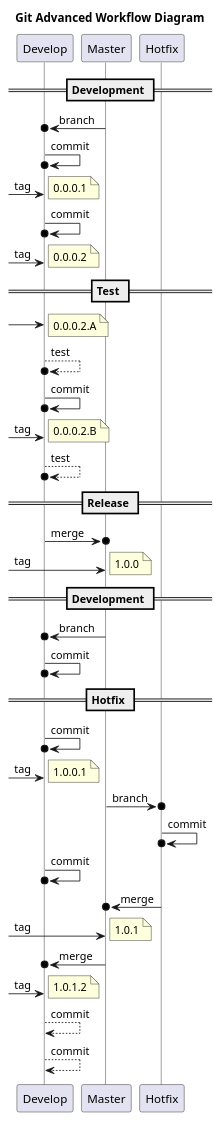
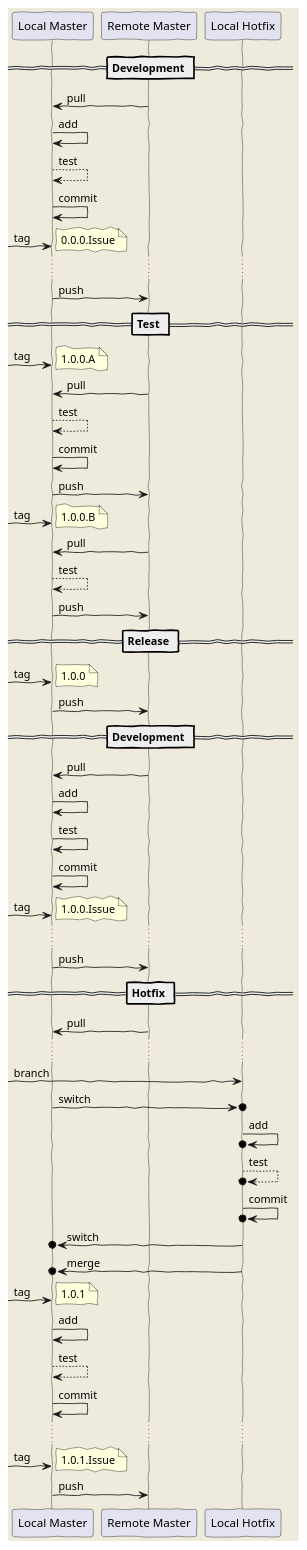
One commit to braboj/tutorial-git changed the diagram in assets/git_workflow_diagram.puml. Above: the diagram before and after it, drawn with PlantUML. The commit also changed 2 other files, not shown here.

Commit message:
Update of flow diagrams

```diff
--- a/assets/git_workflow_diagram.puml
+++ b/assets/git_workflow_diagram.puml
@@ -1,57 +1,73 @@
 @startuml
-title "Git Advanced Workflow Diagram"
 skinparam lifelineStrategy solid
-
-participant Develop
-participant Master
-participant Hotfix
+skinparam backgroundColor #EEEBDC
+skinparam handwritten true
+participant "Local Master" as Local
+participant "Remote Master" as Remote
+participant "Local Hotfix" as Hotfix
 
 == Development ==
-Master ->o Develop: branch
-Develop ->o Develop: commit
+Remote -> Local: pull
+Local -> Local: add
+Local --> Local: test
+Local -> Local: commit
 
-[-> Develop: tag
-note right: 0.0.0.1
-
-Develop ->o Develop: commit
-[-> Develop: tag
-note right: 0.0.0.2
+[-> Local: tag
+note right: 0.0.0.Issue
+...
+Local -> Remote: push
 
 == Test ==
 
-[-> Develop
-note right: 0.0.0.2.A
-Develop -->o Develop: test
-Develop ->o Develop: commit
-[-> Develop: tag
-note right: 0.0.0.2.B
-Develop -->o Develop: test
+[-> Local: tag
+note right: 1.0.0.A
+Remote -> Local: pull
+Local --> Local: test
+Local -> Local: commit
+Local -> Remote: push
+
+[-> Local: tag
+note right: 1.0.0.B
+Remote -> Local: pull
+Local --> Local: test
+Local -> Remote: push
 
 == Release ==
-Develop ->o Master: merge
-[-> Master: tag
+[-> Local: tag
 note right: 1.0.0
+Local -> Remote: push
 
 == Development ==
+Remote -> Local: pull
+Local -> Local: add
+Local -> Local: test
+Local -> Local: commit
 
-Master ->o Develop: branch
-Develop ->o Develop: commit
+[-> Local: tag
+note right: 1.0.0.Issue
+...
+Local -> Remote: push
+
 
 == Hotfix ==
-Develop ->o Develop: commit
-[-> Develop: tag
-note right: 1.0.0.1
+Remote -> Local: pull
+...
 
-Master ->o Hotfix: branch
+[-> Hotfix: branch
+Local ->o Hotfix: switch
+Hotfix ->o Hotfix: add
+Hotfix -->o Hotfix: test
 Hotfix ->o Hotfix: commit
-Develop ->o Develop: commit
-Hotfix ->o Master: merge
-[-> Master: tag
+Hotfix ->o Local: switch
+Hotfix ->o Local: merge
+[-> Local: tag
 note right: 1.0.1
-Master ->o Develop: merge
-[-> Develop: tag
-note right: 1.0.1.2
-Develop --> Develop: commit
-Develop --> Develop: commit
 
+Local -> Local: add
+Local --> Local: test
+Local -> Local: commit
+...
+[-> Local: tag
+note right: 1.0.1.Issue
+Local -> Remote: push
 @enduml
```
